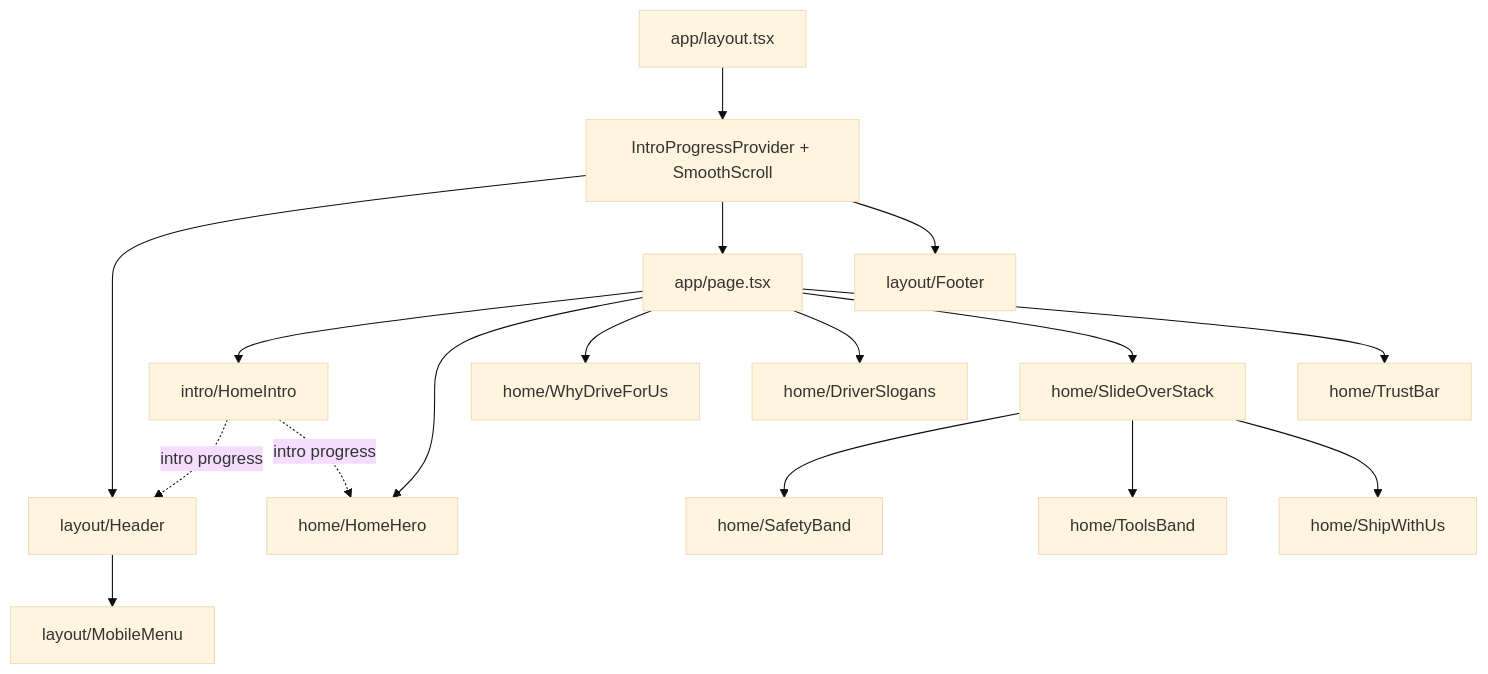
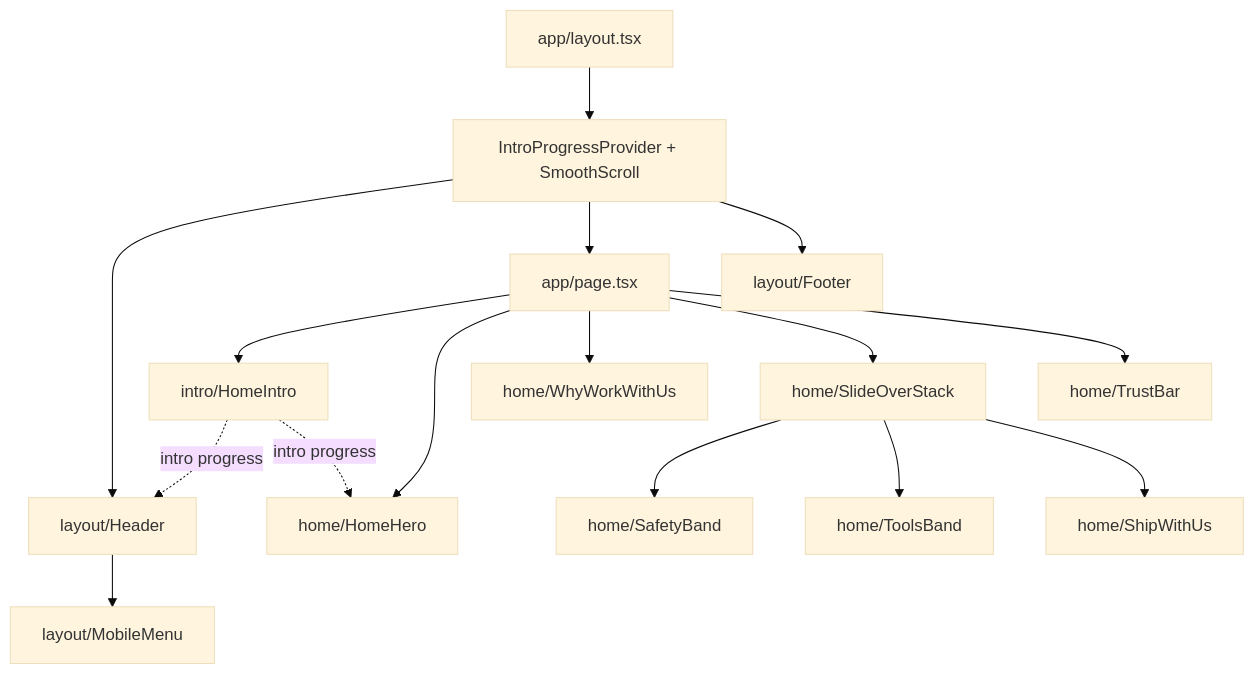
One commit to stadlerv3311/laughing-dollop changed the diagram in docs/NAVIGATION.md. Above: the diagram before and after it, drawn with Mermaid (base theme). The commit also changed other lines of this file and 8 other files, not shown here.

````diff
--- a/docs/NAVIGATION.md
+++ b/docs/NAVIGATION.md
@@ -63,19 +64,18 @@
 ```mermaid
 flowchart TD
   Layout["app/layout.tsx"] --> Providers["IntroProgressProvider + SmoothScroll"]
   Providers --> Header["layout/Header"]
   Providers --> Page["app/page.tsx"]
   Providers --> Footer["layout/Footer"]
   Header --> MobileMenu["layout/MobileMenu"]
   Page --> HomeIntro["intro/HomeIntro"]
   Page --> HomeHero["home/HomeHero"]
-  Page --> WhyDriveForUs["home/WhyDriveForUs"]
-  Page --> DriverSlogans["home/DriverSlogans"]
+  Page --> WhyWorkWithUs["home/WhyWorkWithUs"]
   Page --> SlideOverStack["home/SlideOverStack"]
   SlideOverStack --> SafetyBand["home/SafetyBand"]
   SlideOverStack --> ToolsBand["home/ToolsBand"]
   SlideOverStack --> ShipWithUs["home/ShipWithUs"]
   Page --> TrustBar["home/TrustBar"]
   HomeIntro -. "intro progress" .-> Header
   HomeIntro -. "intro progress" .-> HomeHero
 ```
````
